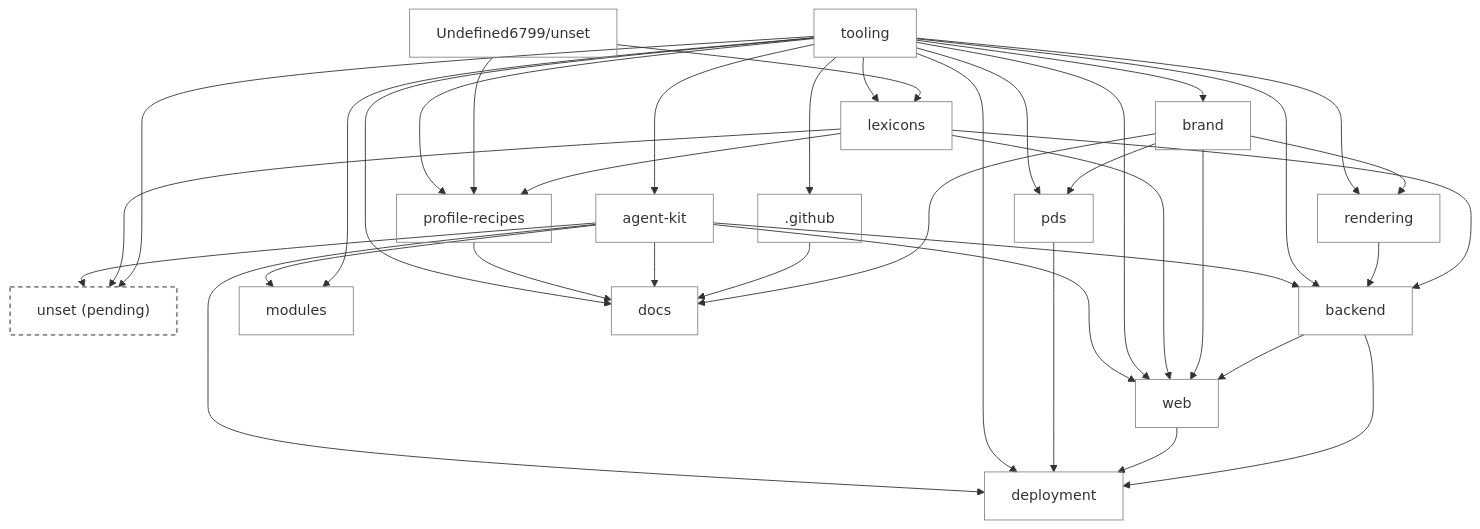
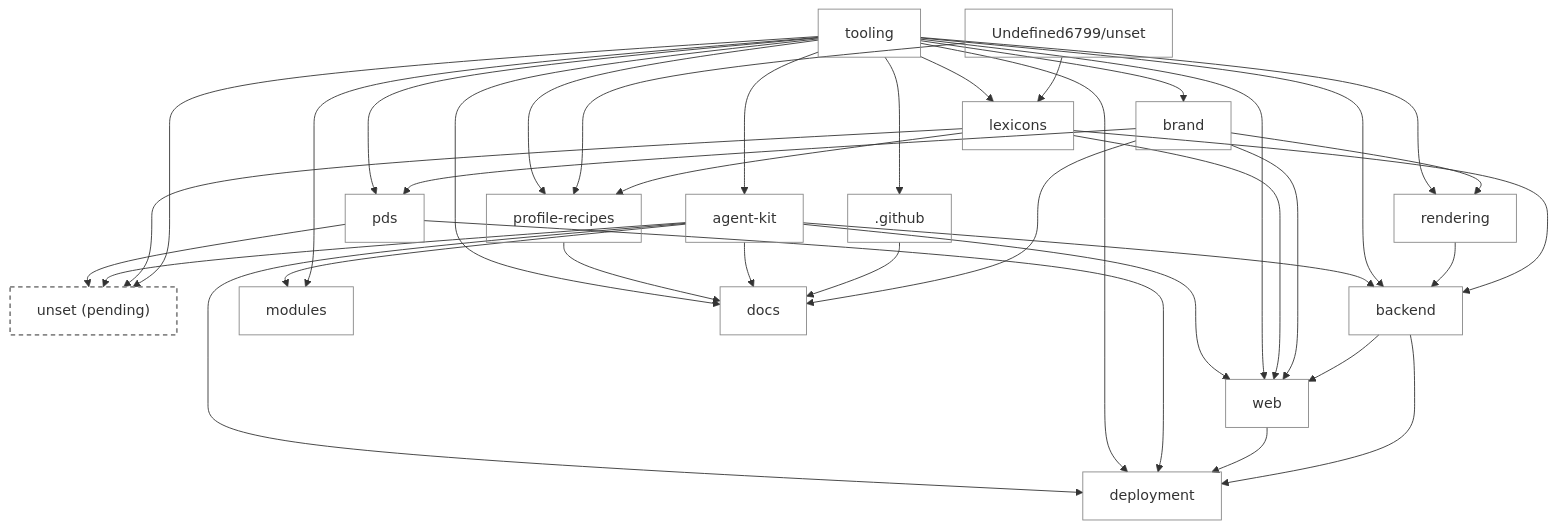
One commit to unset-sh/.github changed the diagram in MAP.md. Above: the diagram before and after it, drawn with Mermaid. The commit also changed other lines of this file and 2 other files, not shown here.

First line of the commit message:
Move deployment's job to deploy/ in unset on the map

````diff
--- a/MAP.md
+++ b/MAP.md
@@ -71,58 +71,59 @@
 ```mermaid
 flowchart TB
   r_unset["unset (pending)"]
   r_web["web"]
   r_backend["backend"]
   r_deployment["deployment"]
   r_modules["modules"]
   r_Undefined6799_unset["Undefined6799/unset"]
   r__github[".github"]
   r_tooling["tooling"]
   r_brand["brand"]
   r_rendering["rendering"]
   r_profile_recipes["profile-recipes"]
   r_docs["docs"]
   r_pds["pds"]
   r_lexicons["lexicons"]
   r_agent_kit["agent-kit"]
   r_tooling --> r_unset
   r_lexicons --> r_unset
   r_agent_kit --> r_unset
+  r_pds --> r_unset
   r_backend --> r_web
   r_brand --> r_web
   r_lexicons --> r_web
   r_tooling --> r_web
   r_agent_kit --> r_web
   r_lexicons --> r_backend
   r_rendering --> r_backend
   r_tooling --> r_backend
   r_agent_kit --> r_backend
   r_backend --> r_deployment
   r_web --> r_deployment
   r_pds --> r_deployment
   r_tooling --> r_deployment
   r_agent_kit --> r_deployment
   r_tooling --> r_modules
   r_agent_kit --> r_modules
   r_tooling --> r__github
   r_tooling --> r_brand
   r_brand --> r_rendering
   r_tooling --> r_rendering
   r_lexicons --> r_profile_recipes
   r_Undefined6799_unset --> r_profile_recipes
   r_tooling --> r_profile_recipes
   r_brand --> r_docs
   r__github --> r_docs
   r_agent_kit --> r_docs
   r_profile_recipes --> r_docs
   r_tooling --> r_docs
   r_brand --> r_pds
   r_tooling --> r_pds
   r_Undefined6799_unset --> r_lexicons
   r_tooling --> r_lexicons
   r_tooling --> r_agent_kit
   classDef default fill:transparent,stroke:#888,stroke-width:1px
   classDef uncreated fill:transparent,stroke:#888,stroke-width:1px,stroke-dasharray:5 4
   class r_unset uncreated
   style r_unset stroke-width:2px
 ```
````
